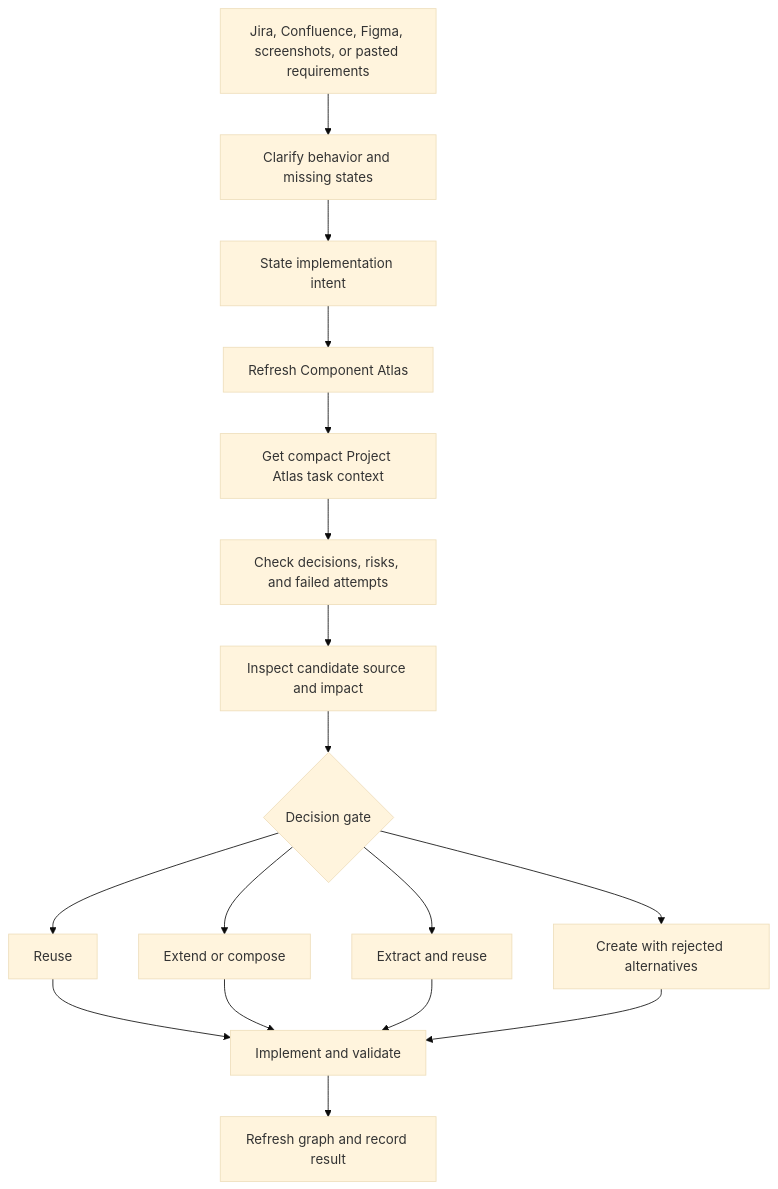
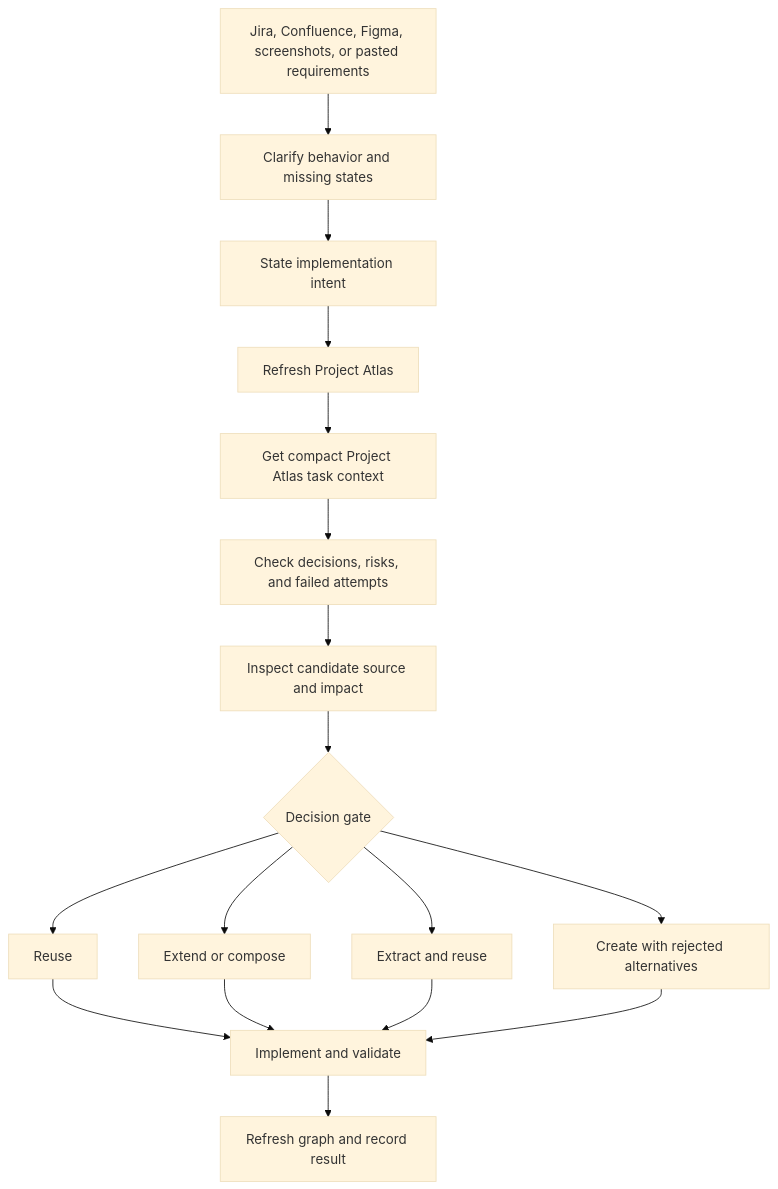
Before and after one commit to jesus-molano/project-atlas: the diagram in docs/workflow.md, drawn with Mermaid (base theme). The commit also changed other lines of this file and 70 other files, not shown here.

Commit message:
feat: complete Project Atlas control plane

````diff
--- a/docs/workflow.md
+++ b/docs/workflow.md
@@ -5,24 +5,24 @@
 ```mermaid
 flowchart TD
   T[Jira, Confluence, Figma, screenshots, or pasted requirements]
   Q[Clarify behavior and missing states]
   I[State implementation intent]
-  S[Refresh Component Atlas]
+  S[Refresh Project Atlas]
   C[Get compact Project Atlas task context]
   G[Check decisions, risks, and failed attempts]
   E[Inspect candidate source and impact]
   D{Decision gate}
   R[Reuse]
   P[Extend or compose]
   X[Extract and reuse]
   N[Create with rejected alternatives]
   B[Implement and validate]
   U[Refresh graph and record result]
 
   T --> Q --> I --> S --> C --> G --> E --> D
   D --> R --> B
   D --> P --> B
   D --> X --> B
   D --> N --> B
   B --> U
 ```
````
